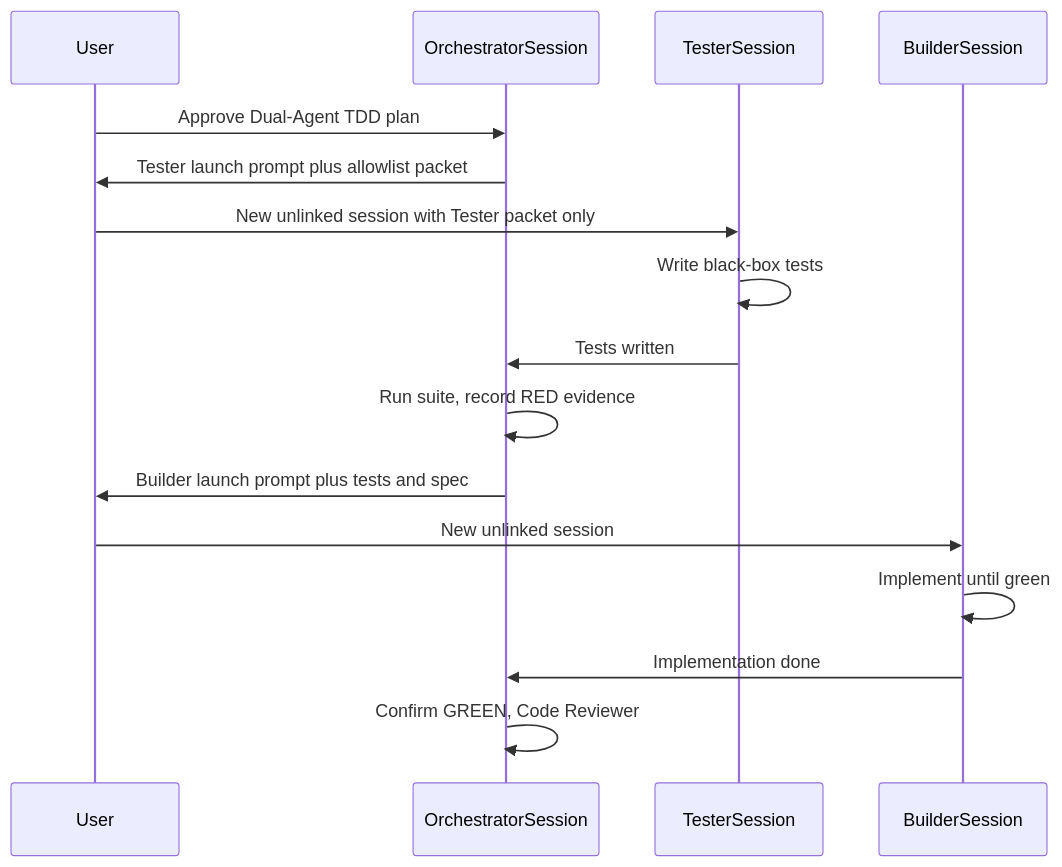
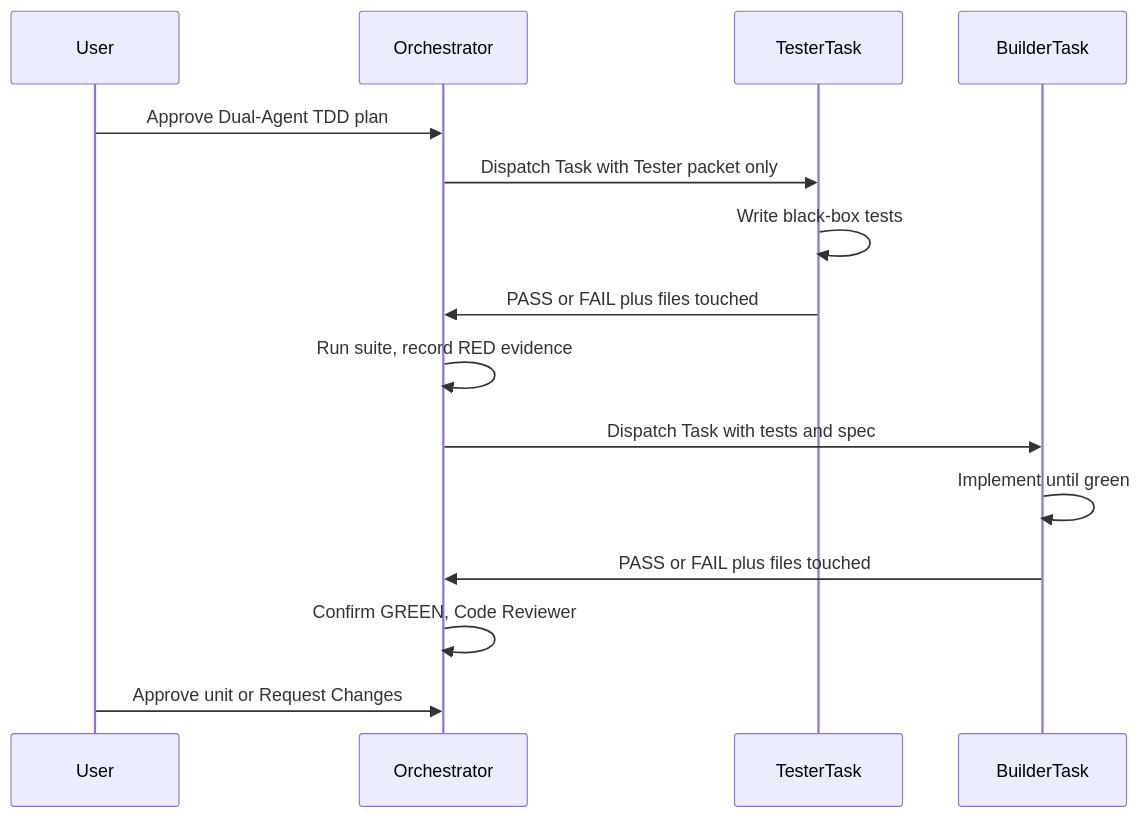
Before and after one commit to bharath93-byte/tid-aidlc-workflows: the diagram in aidlc-rules/aws-aidlc-rule-details/common/dual-agent-separation.md, drawn with Mermaid. The commit also changed other lines of this file and 10 other files, not shown here.

Commit message:
Switch Dual-Agent TDD from unlinked user sessions to Orchestrator-dispatched Task sub-agents

````diff
--- a/aidlc-rules/aws-aidlc-rule-details/common/dual-agent-separation.md
+++ b/aidlc-rules/aws-aidlc-rule-details/common/dual-agent-separation.md
@@ -17,19 +19,18 @@
 ```mermaid
 sequenceDiagram
   participant User
-  participant Orch as OrchestratorSession
-  participant Tester as TesterSession
-  participant Builder as BuilderSession
+  participant Orch as Orchestrator
+  participant Tester as TesterTask
+  participant Builder as BuilderTask
 
   User->>Orch: Approve Dual-Agent TDD plan
-  Orch->>User: Tester launch prompt plus allowlist packet
-  User->>Tester: New unlinked session with Tester packet only
+  Orch->>Tester: Dispatch Task with Tester packet only
   Tester->>Tester: Write black-box tests
-  Tester->>Orch: Tests written
+  Tester->>Orch: PASS or FAIL plus files touched
   Orch->>Orch: Run suite, record RED evidence
-  Orch->>User: Builder launch prompt plus tests and spec
-  User->>Builder: New unlinked session
+  Orch->>Builder: Dispatch Task with tests and spec
   Builder->>Builder: Implement until green
-  Builder->>Orch: Implementation done
+  Builder->>Orch: PASS or FAIL plus files touched
   Orch->>Orch: Confirm GREEN, Code Reviewer
+  User->>Orch: Approve unit or Request Changes
 ```
````
